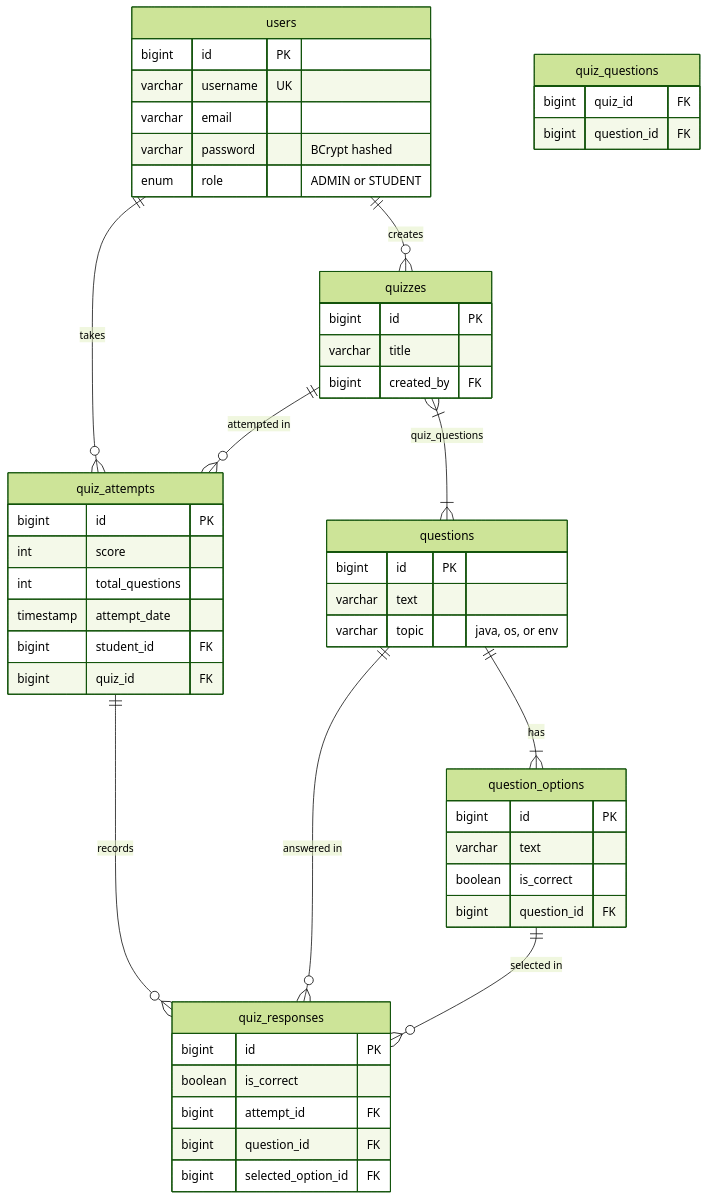
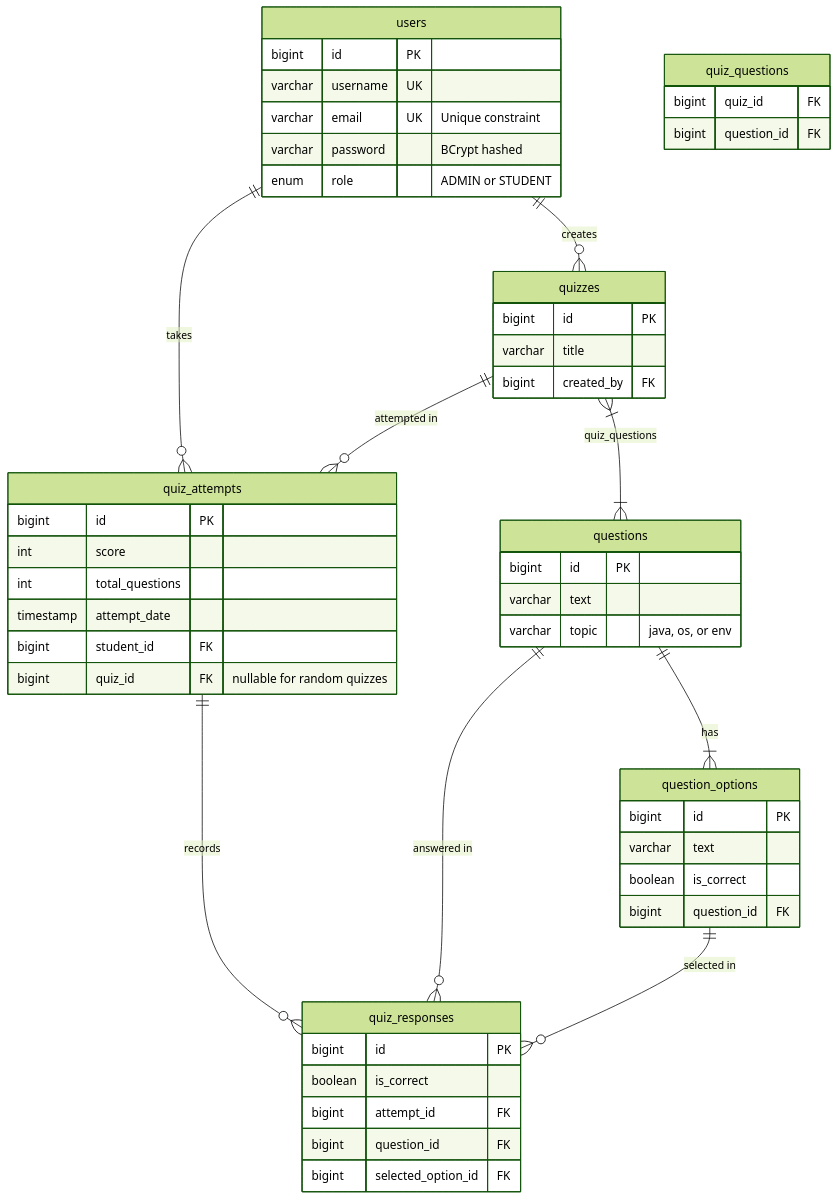
One commit to talatiharsh01/QuizForge changed the second of 2 diagrams in README.md. Above: the diagram before and after it, drawn with Mermaid (forest theme). The commit also changed other lines of this file, not shown here.

````diff
--- a/README.md
+++ b/README.md
@@ -73,60 +86,60 @@
 ```mermaid
 erDiagram
     users {
         bigint id PK
         varchar username UK
-        varchar email
+        varchar email UK "Unique constraint"
         varchar password "BCrypt hashed"
         enum role "ADMIN or STUDENT"
     }
 
     questions {
         bigint id PK
         varchar text
         varchar topic "java, os, or env"
     }
 
     question_options {
         bigint id PK
         varchar text
         boolean is_correct
         bigint question_id FK
     }
 
     quizzes {
         bigint id PK
         varchar title
         bigint created_by FK
     }
 
     quiz_questions {
         bigint quiz_id FK
         bigint question_id FK
     }
 
     quiz_attempts {
         bigint id PK
         int score
         int total_questions
         timestamp attempt_date
         bigint student_id FK
-        bigint quiz_id FK
+        bigint quiz_id FK "nullable for random quizzes"
     }
 
     quiz_responses {
         bigint id PK
         boolean is_correct
         bigint attempt_id FK
         bigint question_id FK
         bigint selected_option_id FK
     }
 
     users ||--o{ quizzes : "creates"
     users ||--o{ quiz_attempts : "takes"
     questions ||--|{ question_options : "has"
     quizzes }|--|{ questions : "quiz_questions"
     quizzes ||--o{ quiz_attempts : "attempted in"
     quiz_attempts ||--o{ quiz_responses : "records"
     questions ||--o{ quiz_responses : "answered in"
     question_options ||--o{ quiz_responses : "selected in"
 ```
````
